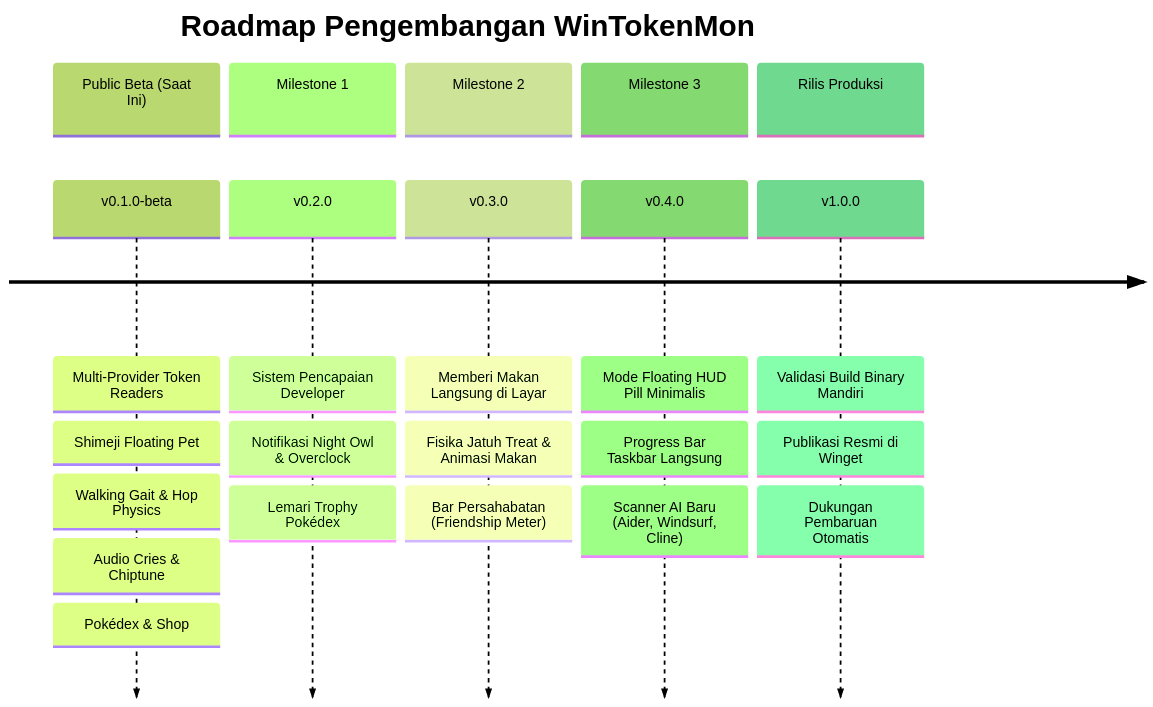
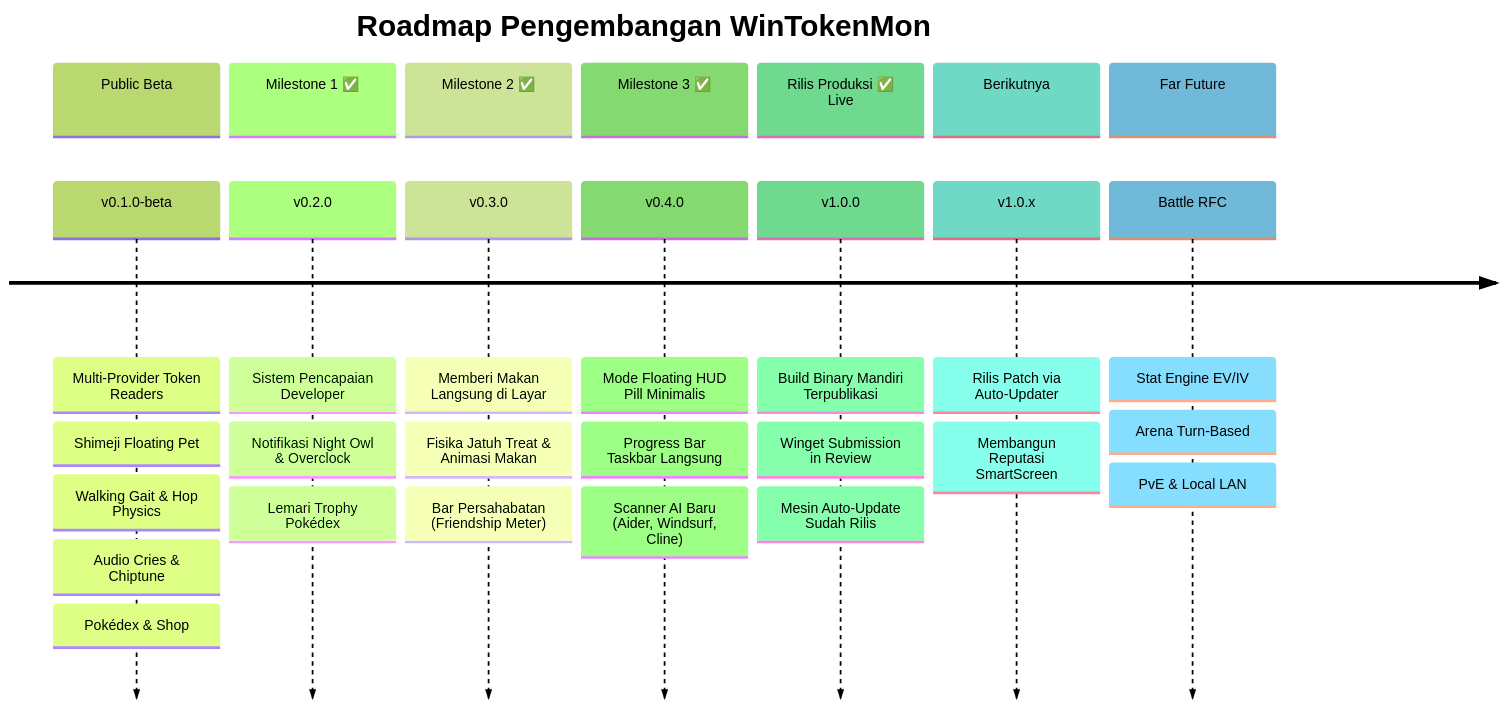
The diagram in docs/id/FUTURE-WORKS.id.md (JustALearner101/WinTokenMon), drawn with Mermaid (forest theme) before and after one commit. The commit also changed other lines of this file and 11 other files, not shown here.

````diff
--- a/docs/id/FUTURE-WORKS.id.md
+++ b/docs/id/FUTURE-WORKS.id.md
@@ -11,14 +13,18 @@
 ```mermaid
 timeline
     title Roadmap Pengembangan WinTokenMon
-    section Public Beta (Saat Ini)
+    section Public Beta
         v0.1.0-beta : Multi-Provider Token Readers : Shimeji Floating Pet : Walking Gait & Hop Physics : Audio Cries & Chiptune : Pokédex & Shop
-    section Milestone 1
+    section Milestone 1 ✅
         v0.2.0 : Sistem Pencapaian Developer : Notifikasi Night Owl & Overclock : Lemari Trophy Pokédex
-    section Milestone 2
+    section Milestone 2 ✅
         v0.3.0 : Memberi Makan Langsung di Layar : Fisika Jatuh Treat & Animasi Makan : Bar Persahabatan (Friendship Meter)
-    section Milestone 3
+    section Milestone 3 ✅
         v0.4.0 : Mode Floating HUD Pill Minimalis : Progress Bar Taskbar Langsung : Scanner AI Baru (Aider, Windsurf, Cline)
-    section Rilis Produksi
-        v1.0.0 : Validasi Build Binary Mandiri : Publikasi Resmi di Winget : Dukungan Pembaruan Otomatis
+    section Rilis Produksi ✅ Live
+        v1.0.0 : Build Binary Mandiri Terpublikasi : Winget Submission in Review : Mesin Auto-Update Sudah Rilis
+    section Berikutnya
+        v1.0.x : Rilis Patch via Auto-Updater : Membangun Reputasi SmartScreen
+    section Far Future
+        Battle RFC : Stat Engine EV/IV : Arena Turn-Based : PvE & Local LAN
 ```
````
